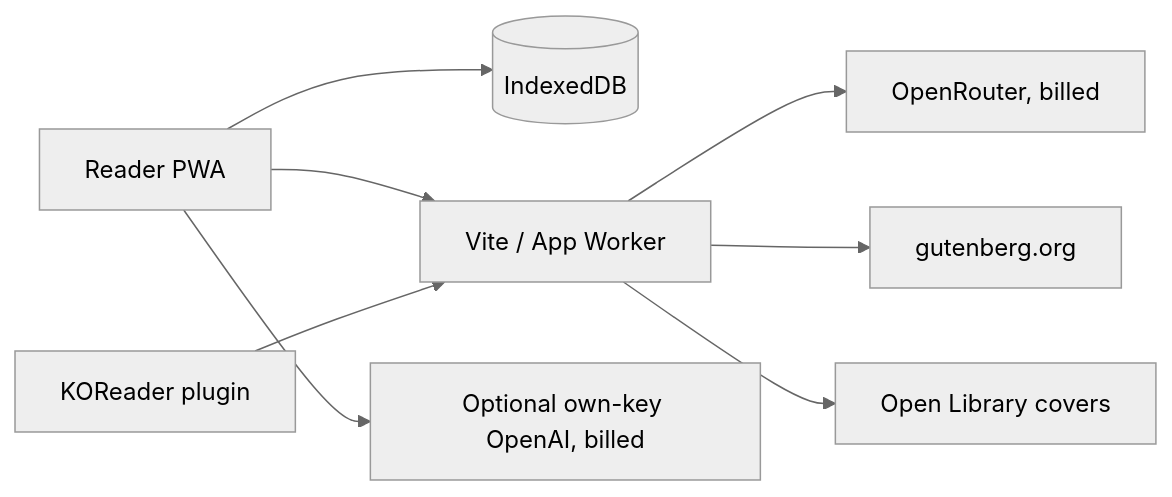
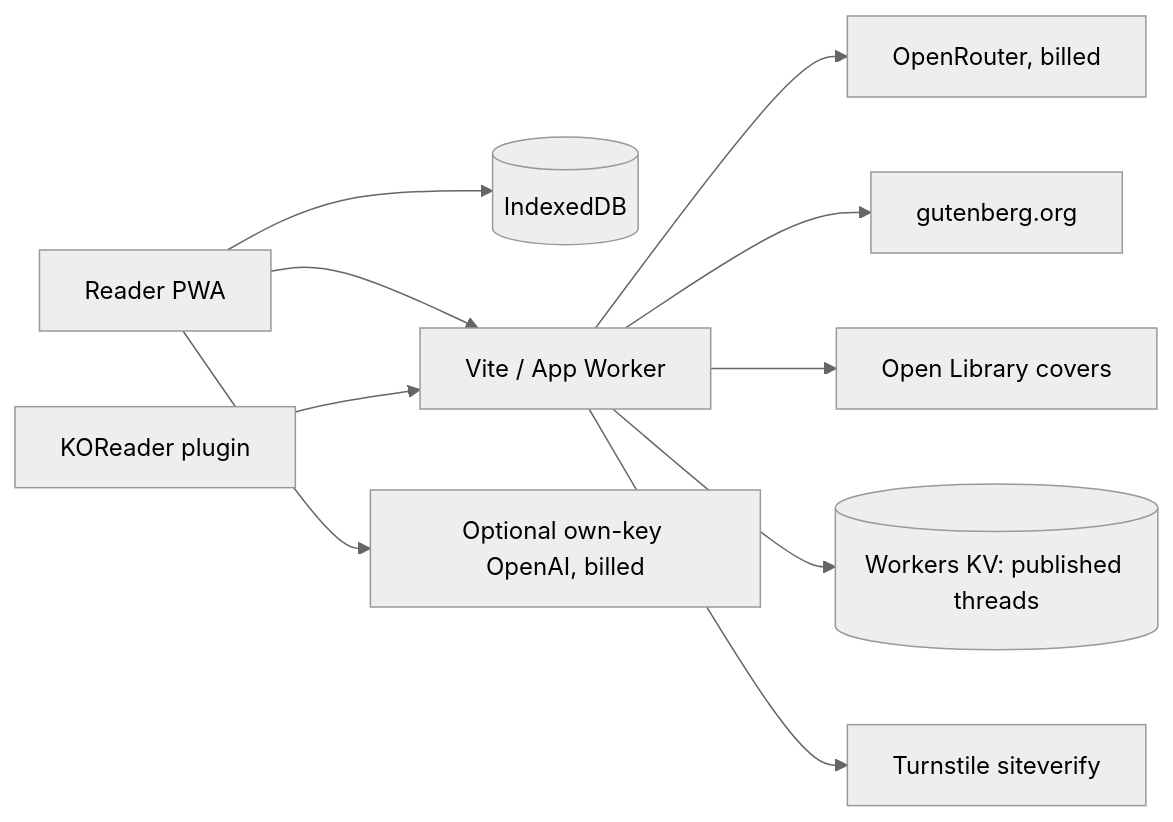
One commit to Agentic-Possible/Rami changed the diagram in docs/architecture.md. Above: the diagram before and after it, drawn with Mermaid (neutral theme). The commit also changed other lines of this file and 28 other files, not shown here.

````diff
--- a/docs/architecture.md
+++ b/docs/architecture.md
@@ -34,10 +36,12 @@
 ```mermaid
 flowchart LR
   PWA[Reader PWA] --> IDB[(IndexedDB)]
   PWA --> Relay[Vite / App Worker]
   KO[KOReader plugin] --> Relay
   Relay --> OR[OpenRouter, billed]
   Relay --> PG[gutenberg.org]
   Relay --> OL[Open Library covers]
   PWA --> OA[Optional own-key OpenAI, billed]
+  Relay --> KV[(Workers KV: published threads)]
+  Relay --> TS[Turnstile siteverify]
 ```
````
